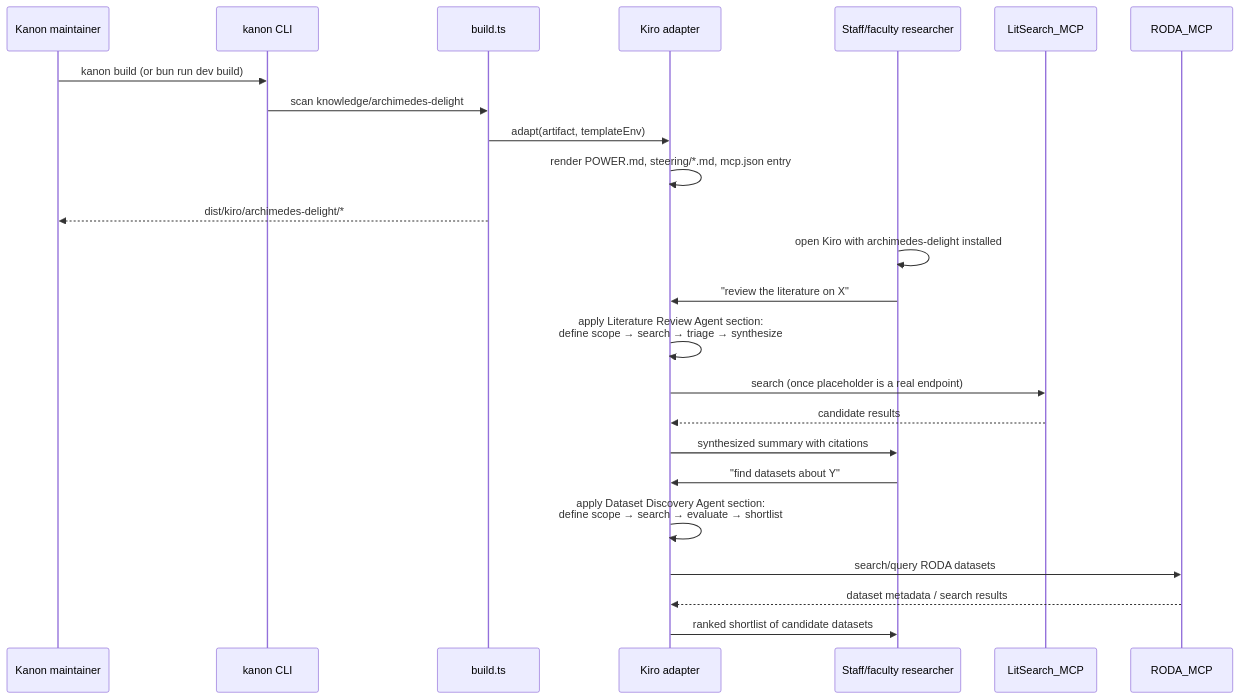
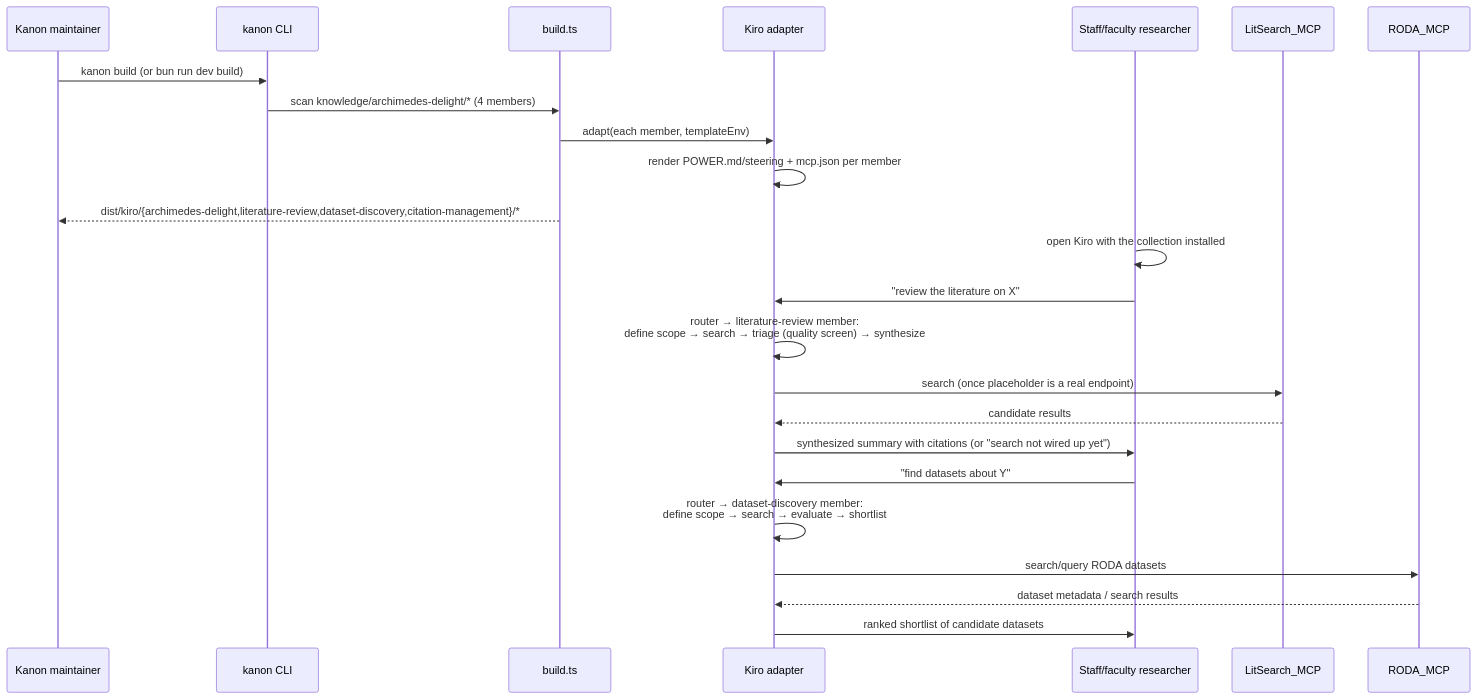
The second of 2 diagrams in .kiro/specs/archimedes-delight/design.md (jhu-sheridan-libraries/agentic-skill-library), drawn with Mermaid before and after one commit. The commit also changed other lines of this file and 5 other files, not shown here.

First line of the commit message:
Add light-touch Archimedes persona to archimedes-delight router

````diff
--- a/.kiro/specs/archimedes-delight/design.md
+++ b/.kiro/specs/archimedes-delight/design.md
@@ -48,27 +78,27 @@
 ```mermaid
 sequenceDiagram
     participant Dev as Kanon maintainer
     participant CLI as kanon CLI
     participant Build as build.ts
     participant Kiro as Kiro adapter
     participant User as Staff/faculty researcher
 
     Dev->>CLI: kanon build (or bun run dev build)
-    CLI->>Build: scan knowledge/archimedes-delight
-    Build->>Kiro: adapt(artifact, templateEnv)
-    Kiro->>Kiro: render POWER.md, steering/*.md, mcp.json entry
-    Build-->>Dev: dist/kiro/archimedes-delight/*
+    CLI->>Build: scan knowledge/archimedes-delight/* (4 members)
+    Build->>Kiro: adapt(each member, templateEnv)
+    Kiro->>Kiro: render POWER.md/steering + mcp.json per member
+    Build-->>Dev: dist/kiro/{archimedes-delight,literature-review,dataset-discovery,citation-management}/*
 
-    User->>User: open Kiro with archimedes-delight installed
+    User->>User: open Kiro with the collection installed
     User->>Kiro: "review the literature on X"
-    Kiro->>Kiro: apply Literature Review Agent section:<br/>define scope → search → triage → synthesize
+    Kiro->>Kiro: router → literature-review member:<br/>define scope → search → triage (quality screen) → synthesize
     Kiro->>LitSearch_MCP: search (once placeholder is a real endpoint)
     LitSearch_MCP-->>Kiro: candidate results
-    Kiro->>User: synthesized summary with citations
+    Kiro->>User: synthesized summary with citations (or "search not wired up yet")
 
     User->>Kiro: "find datasets about Y"
-    Kiro->>Kiro: apply Dataset Discovery Agent section:<br/>define scope → search → evaluate → shortlist
+    Kiro->>Kiro: router → dataset-discovery member:<br/>define scope → search → evaluate → shortlist
     Kiro->>RODA_MCP: search/query RODA datasets
     RODA_MCP-->>Kiro: dataset metadata / search results
     Kiro->>User: ranked shortlist of candidate datasets
 ```
````
